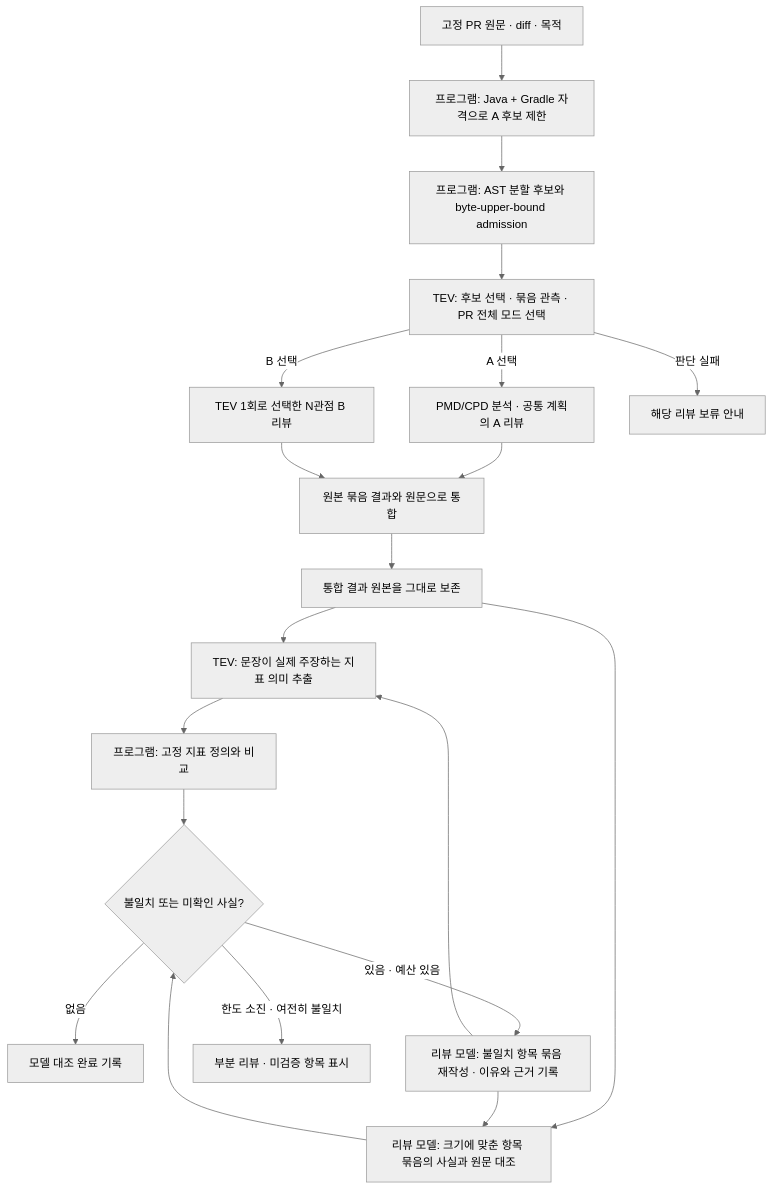
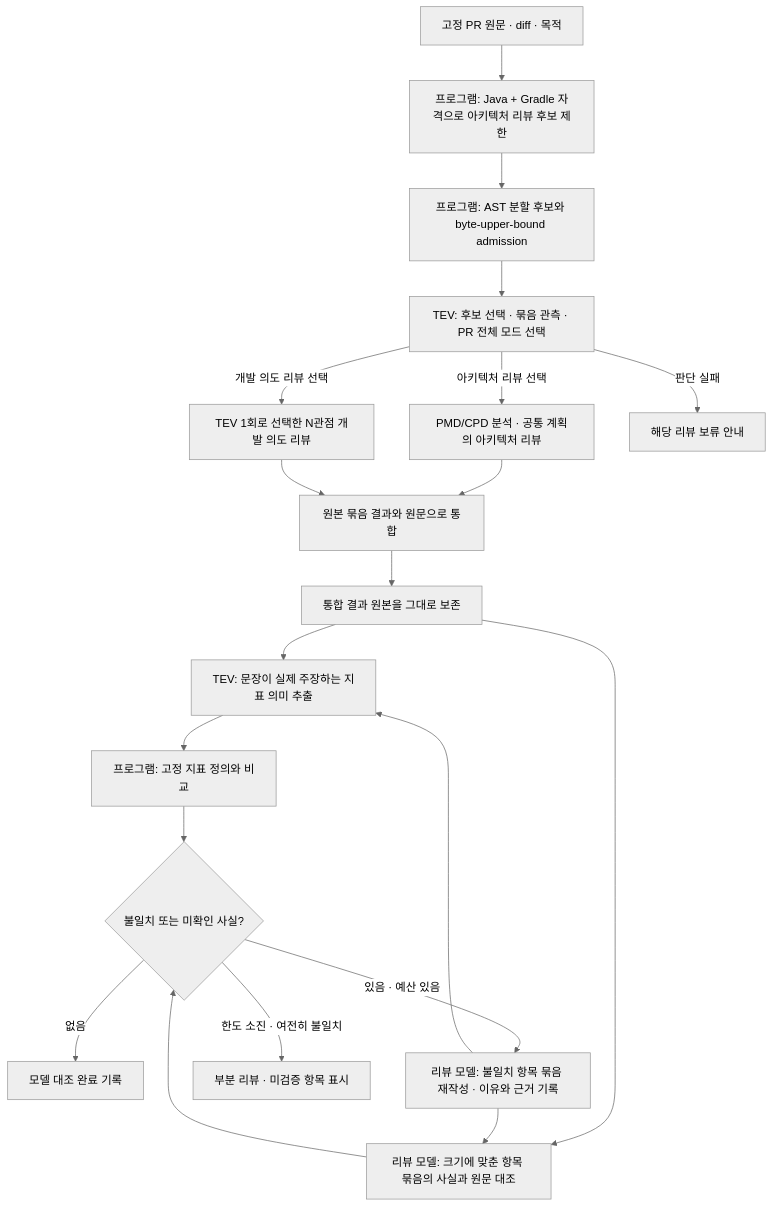
The diagram in docs/review-fact-verification.md (pureliture/intent-review-bot), drawn with Mermaid (neutral theme) before and after one commit. The commit also changed other lines of this file and 20 other files, not shown here.

````diff
--- a/docs/review-fact-verification.md
+++ b/docs/review-fact-verification.md
@@ -19,22 +19,22 @@
 ```mermaid
 flowchart TD
-    F[고정 PR 원문 · diff · 목적] --> E[프로그램: Java + Gradle 자격으로 A 후보 제한]
+    F[고정 PR 원문 · diff · 목적] --> E[프로그램: Java + Gradle 자격으로 아키텍처 리뷰 후보 제한]
     E --> P[프로그램: AST 분할 후보와 byte-upper-bound admission]
     P --> T[TEV: 후보 선택 · 묶음 관측 · PR 전체 모드 선택]
-    T -->|A 선택| A[PMD/CPD 분석 · 공통 계획의 A 리뷰]
-    T -->|B 선택| B[TEV 1회로 선택한 N관점 B 리뷰]
+    T -->|아키텍처 리뷰 선택| A[PMD/CPD 분석 · 공통 계획의 아키텍처 리뷰]
+    T -->|개발 의도 리뷰 선택| B[TEV 1회로 선택한 N관점 개발 의도 리뷰]
     T -->|판단 실패| N[해당 리뷰 보류 안내]
     A --> I[원본 묶음 결과와 원문으로 통합]
     B --> I
     I --> O[통합 결과 원본을 그대로 보존]
     O --> M[TEV: 문장이 실제 주장하는 지표 의미 추출]
     M --> D[프로그램: 고정 지표 정의와 비교]
     O --> C[리뷰 모델: 크기에 맞춘 항목 묶음의 사실과 원문 대조]
     D --> G{불일치 또는 미확인 사실?}
     C --> G
     G -->|없음| R[모델 대조 완료 기록]
     G -->|있음 · 예산 있음| W[리뷰 모델: 불일치 항목 묶음 재작성 · 이유와 근거 기록]
     W --> M
     W --> C
     G -->|한도 소진 · 여전히 불일치| U[부분 리뷰 · 미검증 항목 표시]
 ```
````
